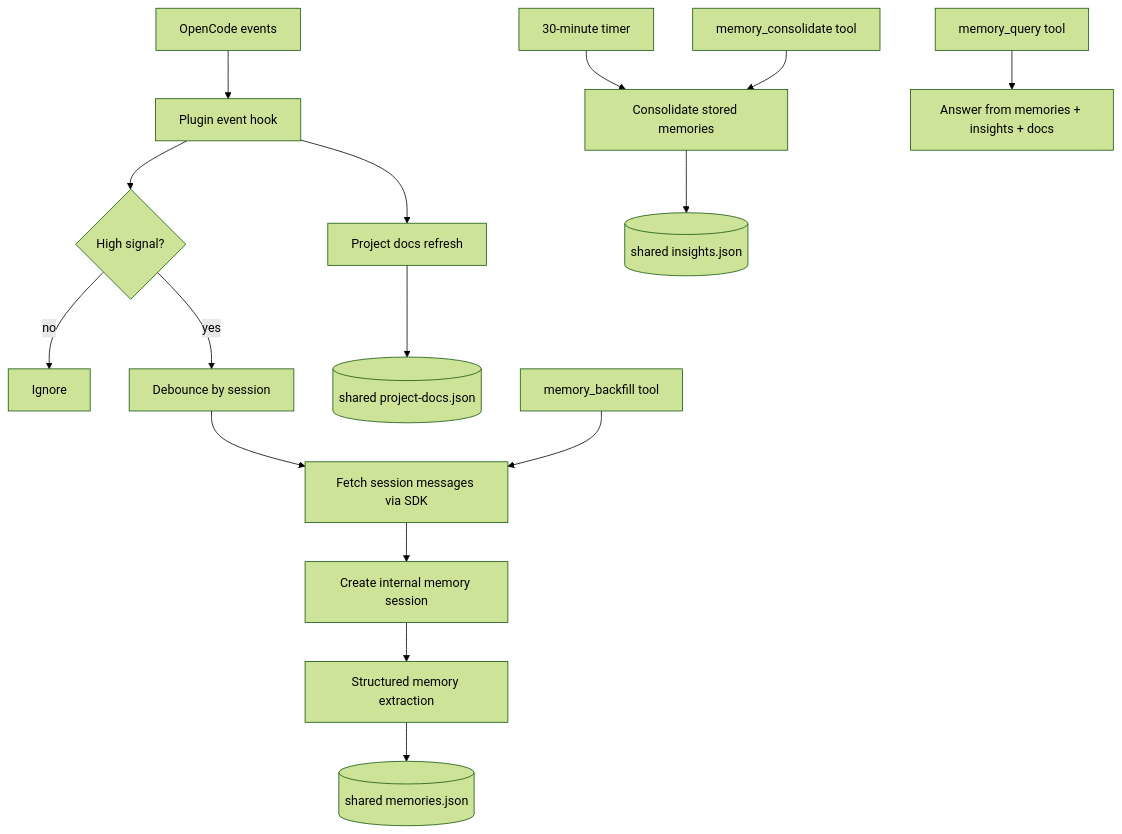
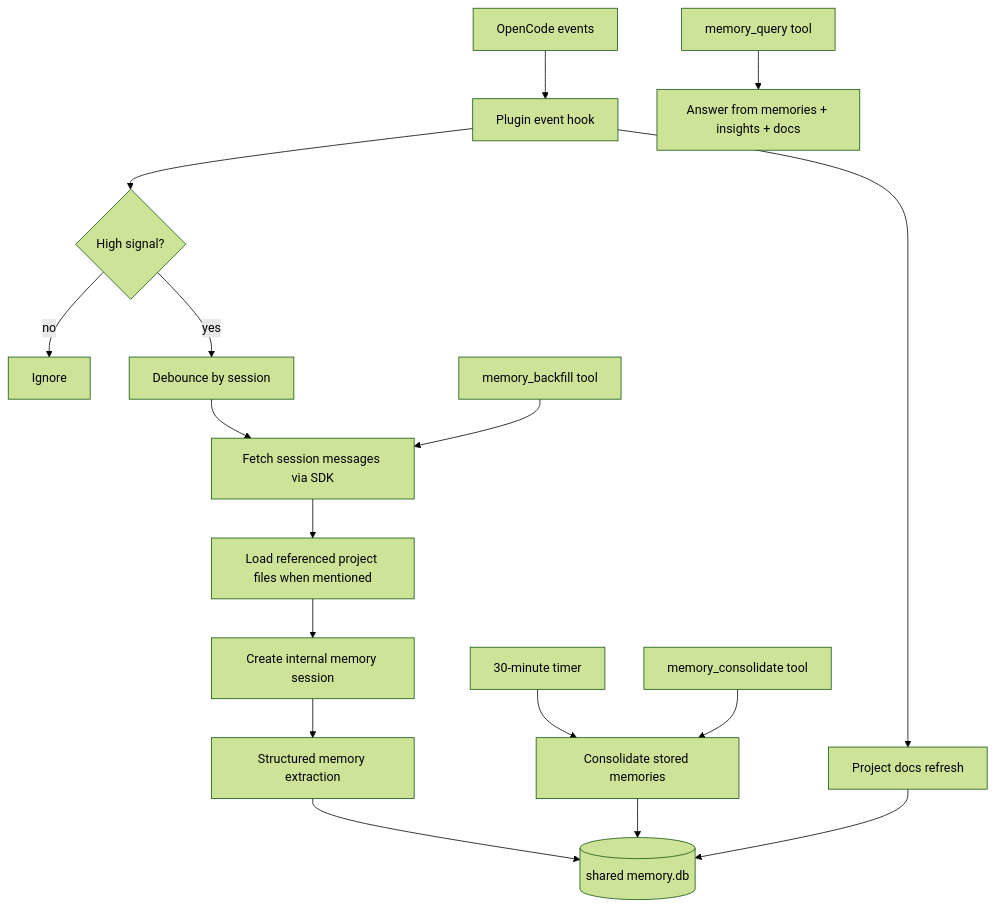
Before and after one commit to rothnic/opencode-memory-agent: the diagram in src/content/docs/guides/opencode-memory-agent-outline.mdx, drawn with Mermaid (forest theme). The commit also changed other lines of this file and 11 other files, not shown here.

````diff
--- a/src/content/docs/guides/opencode-memory-agent-outline.mdx
+++ b/src/content/docs/guides/opencode-memory-agent-outline.mdx
@@ -27,18 +27,19 @@
 ```mermaid
 flowchart TD
     A[OpenCode events] --> B[Plugin event hook]
     B --> C{High signal?}
     C -- no --> D[Ignore]
     C -- yes --> E[Debounce by session]
     E --> F[Fetch session messages via SDK]
-    F --> G[Create internal memory session]
+    F --> F2[Load referenced project files when mentioned]
+    F2 --> G[Create internal memory session]
     G --> H[Structured memory extraction]
-    H --> I[(shared memories.json)]
+    H --> I[(shared memory.db)]
     O[30-minute timer] --> P[Consolidate stored memories]
-    P --> Q[(shared insights.json)]
+    P --> I
     B --> J[Project docs refresh]
-    J --> K[(shared project-docs.json)]
+    J --> I
     L[memory_backfill tool] --> F
     M[memory_consolidate tool] --> P
     N[memory_query tool] --> R[Answer from memories + insights + docs]
 ```
````
